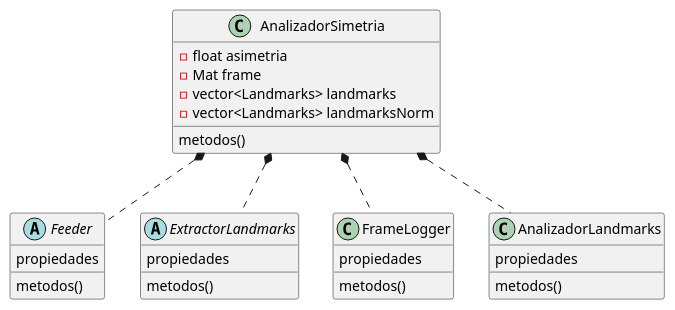
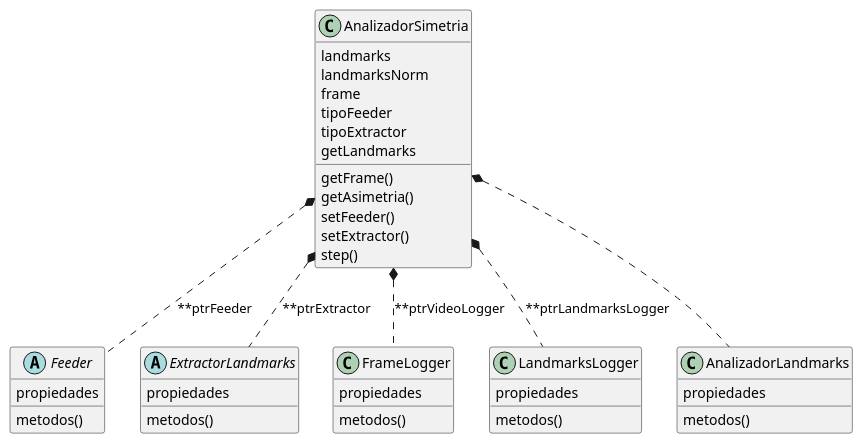
Before and after one commit to agustinavila/ProyectoVision: the first of 5 diagrams in Diagrama.puml, drawn with PlantUML. The commit also changed other lines of this file and 35 other files, not shown here.

```diff
--- a/Diagrama.puml
+++ b/Diagrama.puml
@@ -3,35 +3,47 @@
 @startuml AnalizadorSimetria
 
 class AnalizadorSimetria {
-	- float asimetria
-	- Mat frame
-	- vector<Landmarks> landmarks
-	- vector<Landmarks> landmarksNorm
-	metodos()
+	landmarks
+	landmarksNorm
+	frame
+	tipoFeeder
+	tipoExtractor
+	getFrame()
+	getAsimetria()
+	getLandmarks
+	setFeeder()
+	setExtractor()
+	step()
 }
 
 abstract class Feeder{
 	propiedades
 	metodos()
 }
 
 abstract class ExtractorLandmarks{
 	propiedades
 	metodos()
 }
 
 class FrameLogger{
 	propiedades
 	metodos()
 }
 
+class LandmarksLogger{
+	propiedades
+	metodos()
+}
+
 class AnalizadorLandmarks {
 	propiedades
 	metodos()
 }
-AnalizadorSimetria *.. Feeder
-AnalizadorSimetria *.. ExtractorLandmarks
-AnalizadorSimetria *.. FrameLogger
+AnalizadorSimetria *.. Feeder : **ptrFeeder
+AnalizadorSimetria *.. ExtractorLandmarks : **ptrExtractor
+AnalizadorSimetria *.. FrameLogger : **ptrVideoLogger
+AnalizadorSimetria *.. LandmarksLogger : **ptrLandmarksLogger
 AnalizadorSimetria *.. AnalizadorLandmarks
 
 @enduml
```
